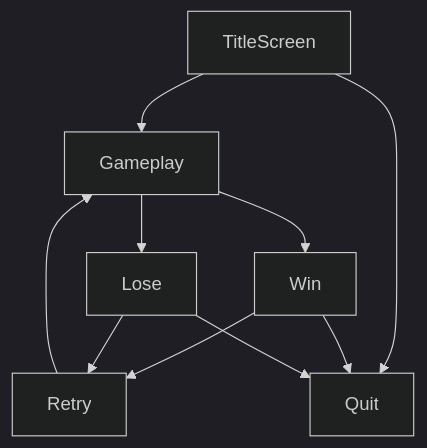
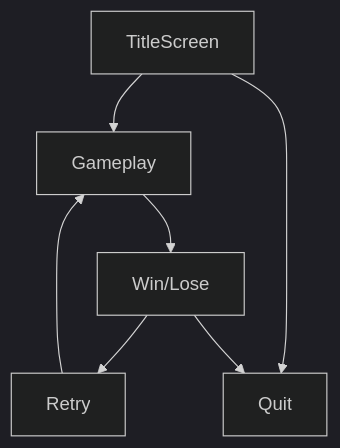
The diagram in game-design/scene-structure.md (SarahMit/gogamejam), drawn with Mermaid (dark theme) before and after one commit.

````diff
--- a/game-design/scene-structure.md
+++ b/game-design/scene-structure.md
@@ -22,14 +22,11 @@
 ```mermaid
 graph TD;
     accTitle: the diamond pattern
     accDescr: a graph with four nodes: A points to B and C, while B and C both point to D
     TitleScreen-->Gameplay;
     TitleScreen-->Quit;
-    Gameplay-->Win;
-    Gameplay-->Lose;
-    Win-->Retry;
-    Lose-->Retry;
+    Gameplay-->Win/Lose;
+    Win/Lose-->Retry;
     Retry-->Gameplay
-    Win-->Quit;
-    Lose-->Quit;
+    Win/Lose-->Quit;
 ```
````
